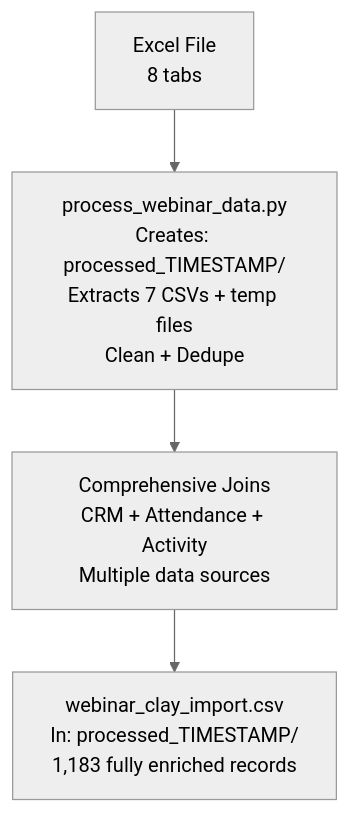
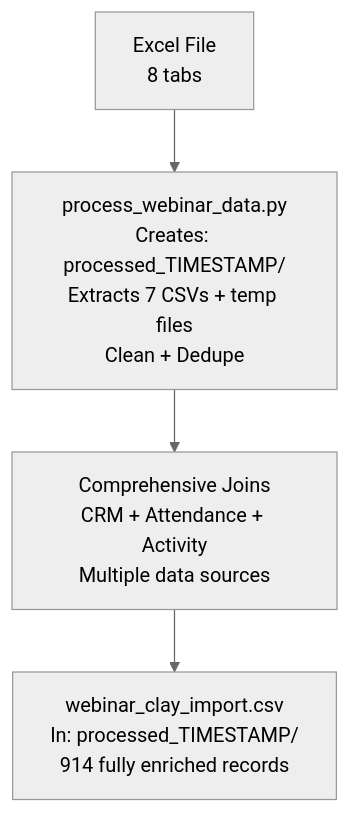
The first of 3 diagrams in README.md (frankterpo/clay_gtm), drawn with Mermaid (neutral theme) before and after one commit. The commit also changed other lines of this file, not shown here.

````diff
--- a/README.md
+++ b/README.md
@@ -39,6 +39,6 @@
 ```mermaid
 flowchart TD
     A[Excel File<br/>8 tabs] --> B[process_webinar_data.py<br/>Creates: processed_TIMESTAMP/<br/>Extracts 7 CSVs + temp files<br/>Clean + Dedupe]
     B --> C[Comprehensive Joins<br/>CRM + Attendance + Activity<br/>Multiple data sources]
-    C --> D[webinar_clay_import.csv<br/>In: processed_TIMESTAMP/<br/>1,183 fully enriched records]
+    C --> D[webinar_clay_import.csv<br/>In: processed_TIMESTAMP/<br/>914 fully enriched records]
 ```
````
